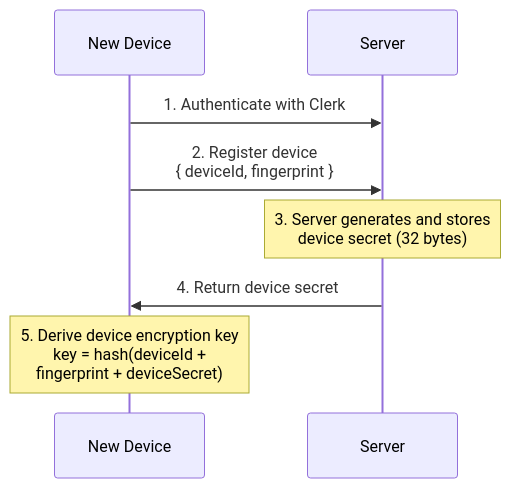
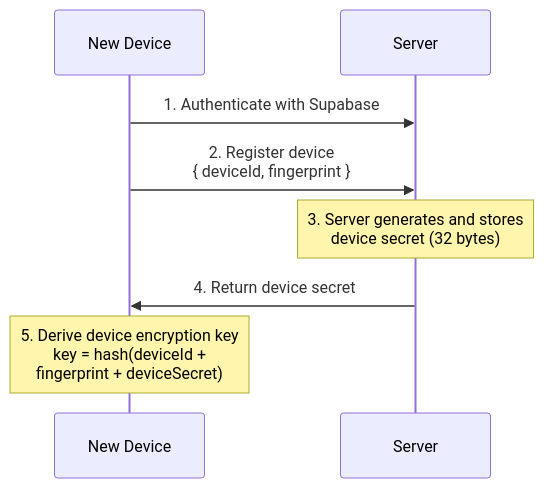
The first of 4 diagrams in apps/docs/content/docs/whitepaper/multi-device.mdx (onera-app/onera), drawn with Mermaid before and after one commit. The commit also changed other lines of this file and 12 other files, not shown here.

First line of the commit message:
chore: update documentation to reflect Supabase integration and remove Clerk references

````diff
--- a/apps/docs/content/docs/whitepaper/multi-device.mdx
+++ b/apps/docs/content/docs/whitepaper/multi-device.mdx
@@ -12,11 +12,11 @@
 ```mermaid
 sequenceDiagram
     participant Device as New Device
     participant Server as Server
     
-    Device->>Server: 1. Authenticate with Clerk
+    Device->>Server: 1. Authenticate with Supabase
     Device->>Server: 2. Register device<br/>{ deviceId, fingerprint }
     Note over Server: 3. Server generates and stores<br/>device secret (32 bytes)
     Server->>Device: 4. Return device secret
     Note over Device: 5. Derive device encryption key<br/>key = hash(deviceId +<br/>fingerprint + deviceSecret)
 ```
````
